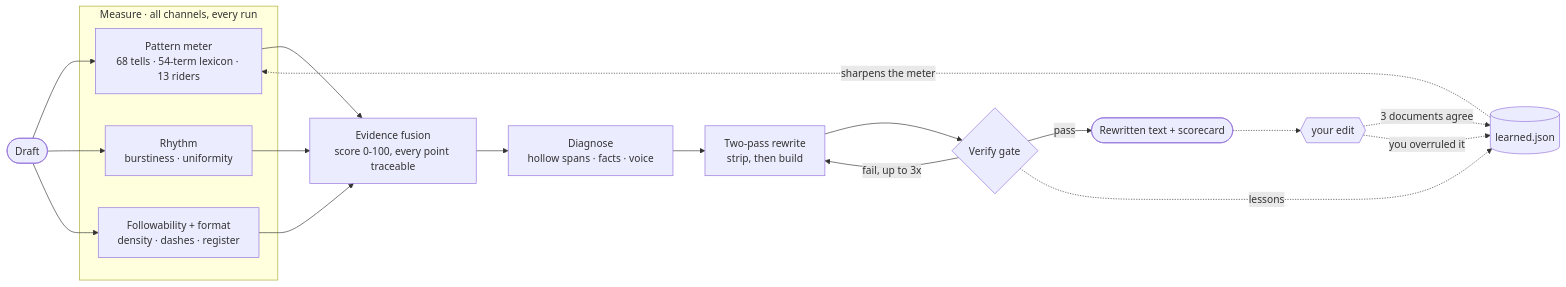
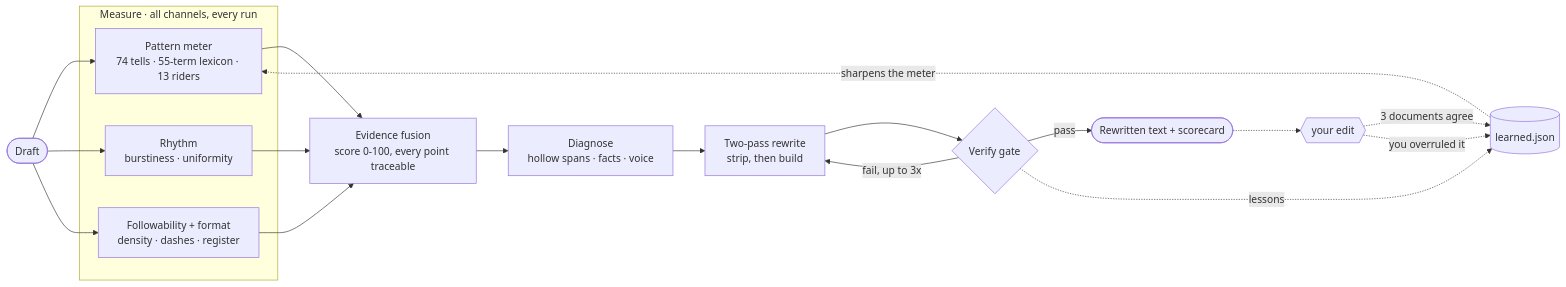
One commit to manavmishra/ZeroSlop changed the diagram in README.md. Above: the diagram before and after it, drawn with Mermaid. The commit also changed other lines of this file and 15 other files, not shown here.

````diff
--- a/README.md
+++ b/README.md
@@ -246,20 +247,20 @@
 ```mermaid
 flowchart LR
     D([Draft]) --> PM & RH & FF
     subgraph Measure["Measure · all channels, every run"]
-      PM[Pattern meter<br/>68 tells · 54-term lexicon · 13 riders]
+      PM[Pattern meter<br/>74 tells · 55-term lexicon · 13 riders]
       RH[Rhythm<br/>burstiness · uniformity]
       FF[Followability + format<br/>density · dashes · register]
     end
     PM & RH & FF --> F[Evidence fusion<br/>score 0-100, every point traceable]
     F --> J[Diagnose<br/>hollow spans · facts · voice]
     J --> W[Two-pass rewrite<br/>strip, then build]
     W --> G{Verify gate}
     G -- pass --> O([Rewritten text + scorecard])
     G -- "fail, up to 3x" --> W
     G -. lessons .-> L[(learned.json)]
     L -. sharpens the meter .-> PM
     O -.-> R{{"your edit"}}
     R -. "3 documents agree" .-> L
     R -. "you overruled it" .-> L
 ```
````
